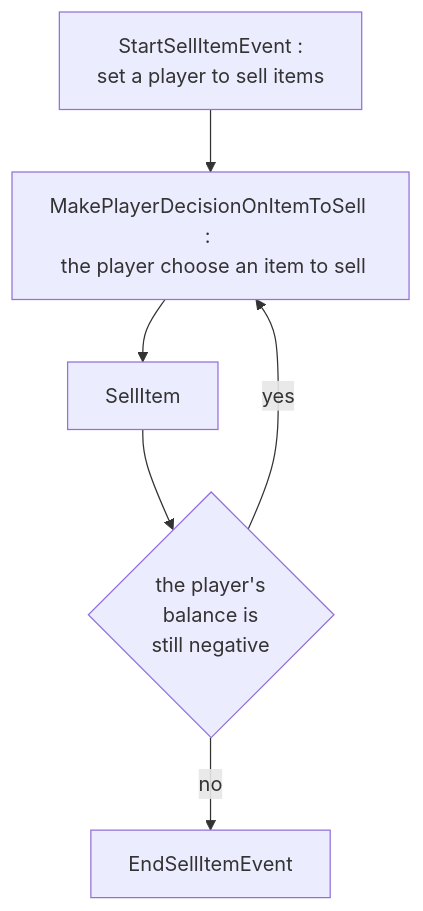
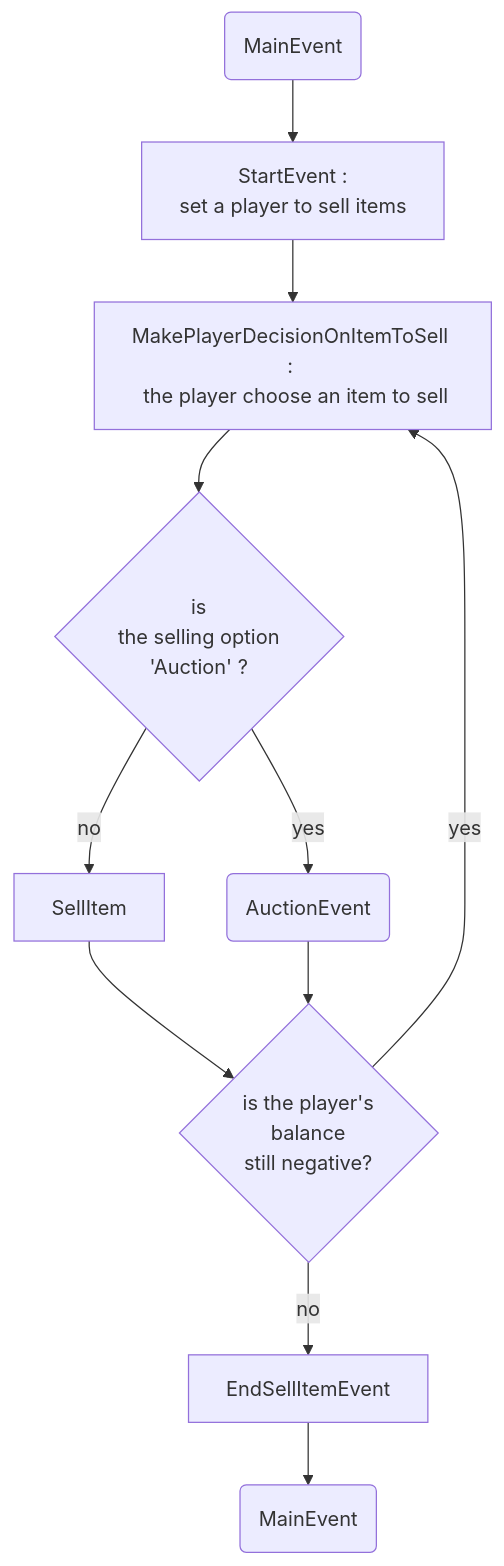
The diagram in UML/SellItemEventFlowChart.md (crimson206/MonopolyWithCSharp), drawn with Mermaid before and after one commit. The commit also changed 5 other files, not shown here.

Commit message:
Uml : updated flowcharts (#45)

````diff
--- a/UML/SellItemEventFlowChart.md
+++ b/UML/SellItemEventFlowChart.md
@@ -1,14 +1,24 @@
 ```mermaid
 flowchart TB
-A["StartSellItemEvent : \n set a player to sell items"]
+A["StartEvent : \n set a player to sell items"]
 B["MakePlayerDecisionOnItemToSell : \n the player choose an item to sell"]
 C["SellItem"]
-a{"the player's \n balance is \n still negative"}
 D["EndSellItemEvent"]
+E("AuctionEvent")
+F("MainEvent")
+G("MainEvent")
 
+a{"is the player's \n balance \n still negative?"}
+b{"is \n the selling option \n 'Auction' ?"}
+
+F --> A
 A --> B
-B --> C
+B --> b
 C --> a
+b -- no --> C
+b -- yes --> E
+E --> a
 a -- yes --> B
 a -- no --> D
+D --> G
 ```
````
